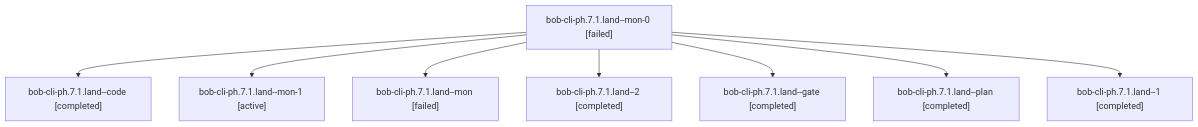
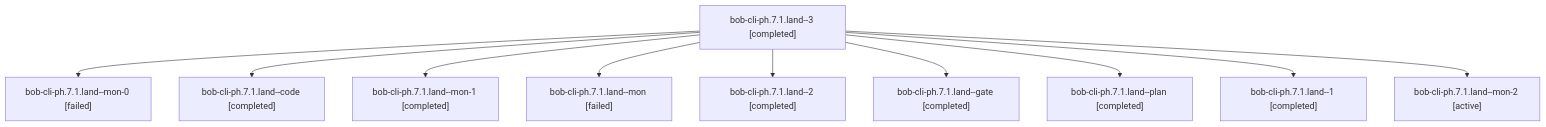
The diagram in sessions/bbugyi200.apollo.bob-cli-ph.7.1.land.md (bobs-org/bob-cli--agents), drawn with Mermaid before and after one commit. The commit also changed other lines of this file and 126 other files, not shown here.

````diff
--- a/sessions/bbugyi200.apollo.bob-cli-ph.7.1.land.md
+++ b/sessions/bbugyi200.apollo.bob-cli-ph.7.1.land.md
@@ -9,18 +9,22 @@
 ```mermaid
 flowchart TD
-  n0["bob-cli-ph.7.1.land--mon-0 [failed]"]
-  n1["bob-cli-ph.7.1.land--code [completed]"]
+  n0["bob-cli-ph.7.1.land--3 [completed]"]
+  n1["bob-cli-ph.7.1.land--mon-0 [failed]"]
   n0 --> n1
-  n2["bob-cli-ph.7.1.land--mon-1 [active]"]
+  n2["bob-cli-ph.7.1.land--code [completed]"]
   n0 --> n2
-  n3["bob-cli-ph.7.1.land--mon [failed]"]
+  n3["bob-cli-ph.7.1.land--mon-1 [completed]"]
   n0 --> n3
-  n4["bob-cli-ph.7.1.land--2 [completed]"]
+  n4["bob-cli-ph.7.1.land--mon [failed]"]
   n0 --> n4
-  n5["bob-cli-ph.7.1.land--gate [completed]"]
+  n5["bob-cli-ph.7.1.land--2 [completed]"]
   n0 --> n5
-  n6["bob-cli-ph.7.1.land--plan [completed]"]
+  n6["bob-cli-ph.7.1.land--gate [completed]"]
   n0 --> n6
-  n7["bob-cli-ph.7.1.land--1 [completed]"]
+  n7["bob-cli-ph.7.1.land--plan [completed]"]
   n0 --> n7
+  n8["bob-cli-ph.7.1.land--1 [completed]"]
+  n0 --> n8
+  n9["bob-cli-ph.7.1.land--mon-2 [active]"]
+  n0 --> n9
 ```
````
